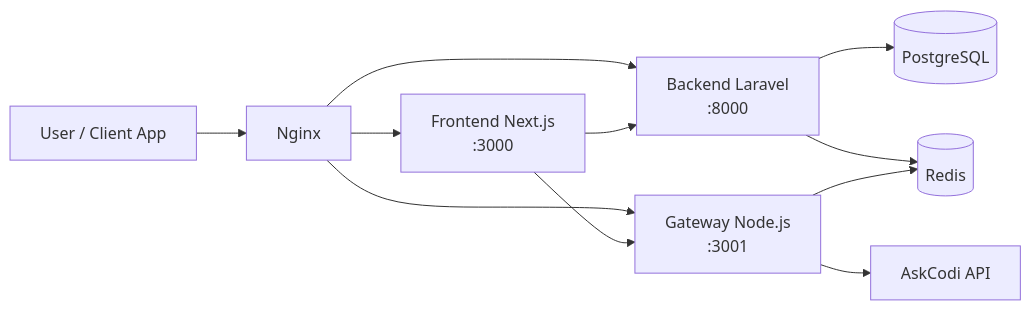
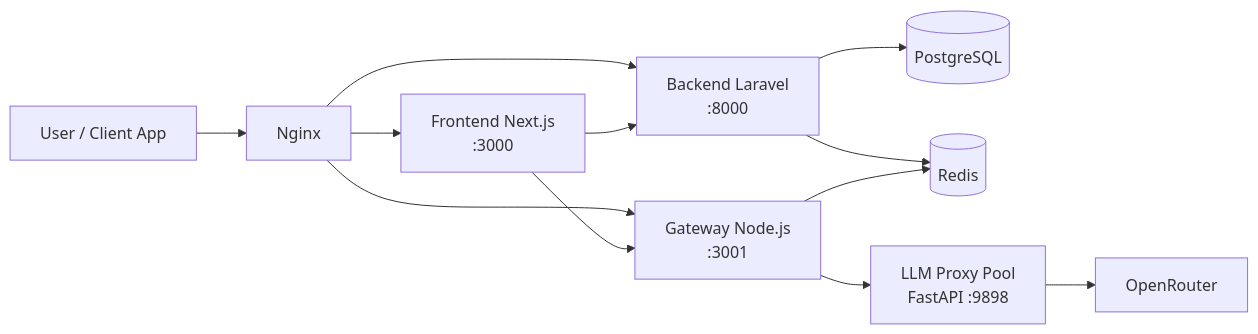
The first of 2 diagrams in README.md (radacore/llmore), drawn with Mermaid before and after one commit. The commit also changed other lines of this file and 33 other files, not shown here.

First line of the commit message:
refactor(infra): ganti upstream AskCodi dengan llm-proxy pool internal

````diff
--- a/README.md
+++ b/README.md
@@ -42,14 +42,15 @@
 ```mermaid
 flowchart LR
     U[User / Client App] --> N[Nginx]
     N --> F[Frontend Next.js<br/>:3000]
     N --> B[Backend Laravel<br/>:8000]
     N --> G[Gateway Node.js<br/>:3001]
 
     F --> B
     F --> G
     B --> P[(PostgreSQL)]
     B --> R[(Redis)]
     G --> R
-    G --> A[AskCodi API]
+    G --> L[LLM Proxy Pool<br/>FastAPI :9898]
+    L --> O[OpenRouter]
 ```
````
